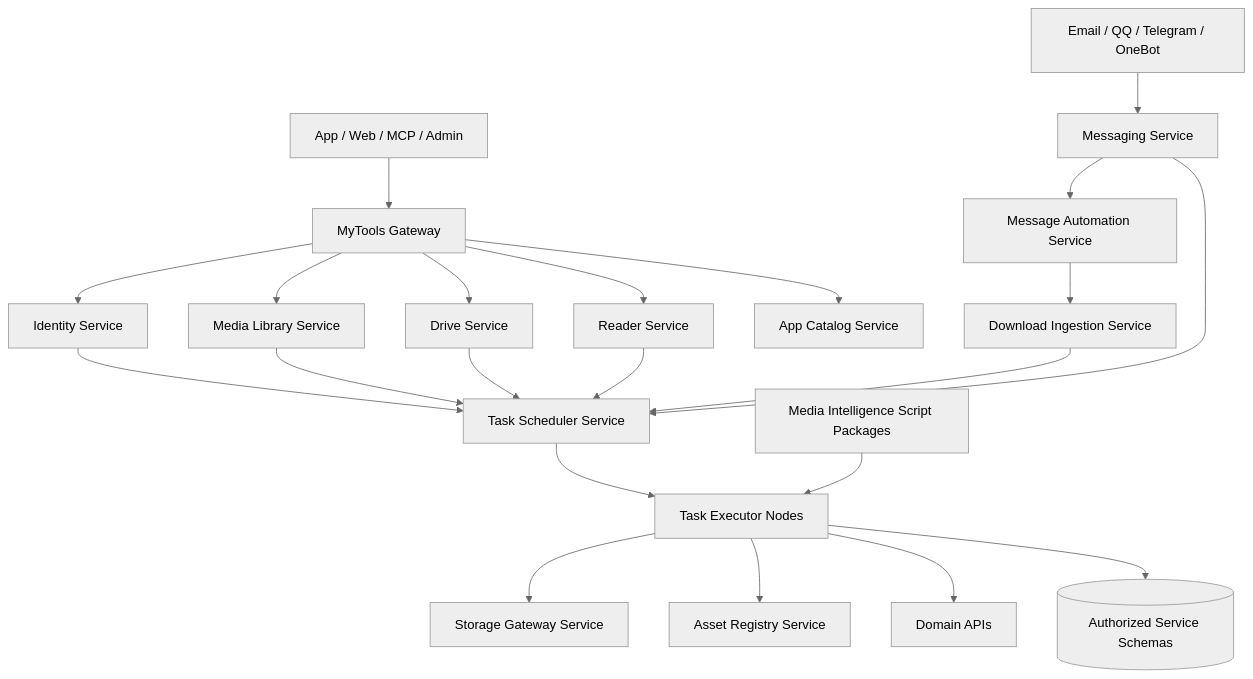
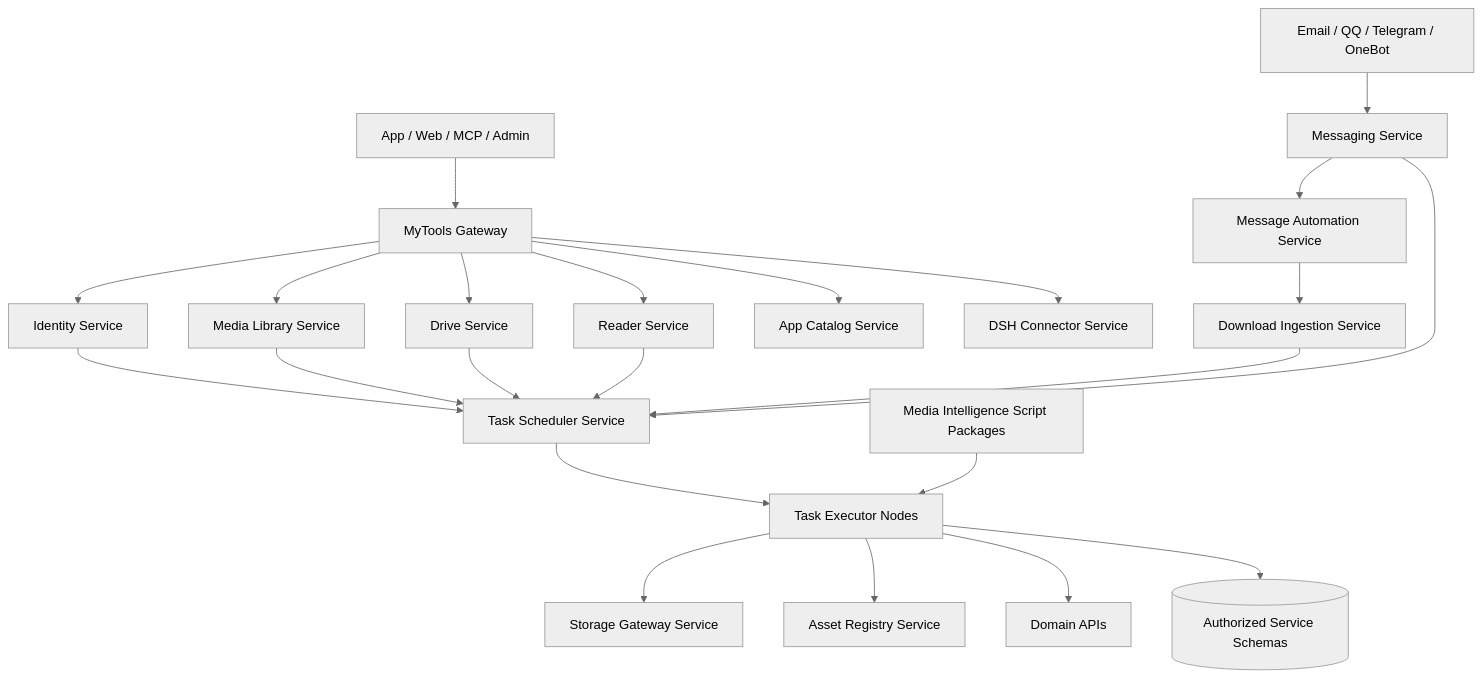
One commit to panjiankang1992-sudo/MyTools changed the diagram in service/design/00-overall-architecture.md. Above: the diagram before and after it, drawn with Mermaid (neutral theme). The commit also changed other lines of this file and 19 other files, not shown here.

````diff
--- a/service/design/00-overall-architecture.md
+++ b/service/design/00-overall-architecture.md
@@ -9,24 +9,25 @@
 ```mermaid
 flowchart TB
     C[App / Web / MCP / Admin] --> G[MyTools Gateway]
     CH[Email / QQ / Telegram / OneBot] --> M[Messaging Service]
     G --> I[Identity Service]
     G --> ML[Media Library Service]
     G --> D[Drive Service]
     G --> R[Reader Service]
     G --> AC[App Catalog Service]
+    G --> DSH[DSH Connector Service]
     M --> A[Message Automation Service]
     A --> DI[Download Ingestion Service]
     I --> TS[Task Scheduler Service]
     M --> TS
     DI --> TS
     ML --> TS
     D --> TS
     R --> TS
     TS --> TE[Task Executor Nodes]
     TE --> SG[Storage Gateway Service]
     TE --> AR[Asset Registry Service]
     TE --> API[Domain APIs]
     TE --> DB[(Authorized Service Schemas)]
     MI[Media Intelligence Script Packages] --> TE
 ```
````
